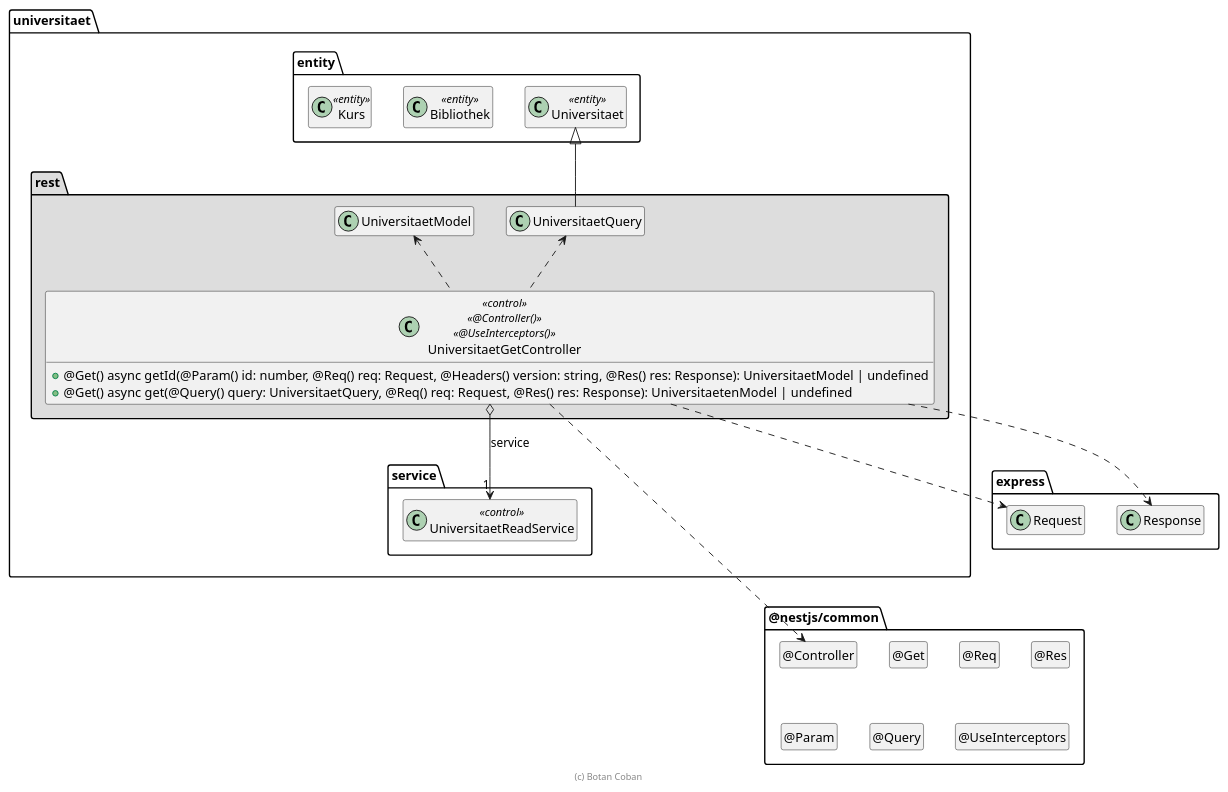
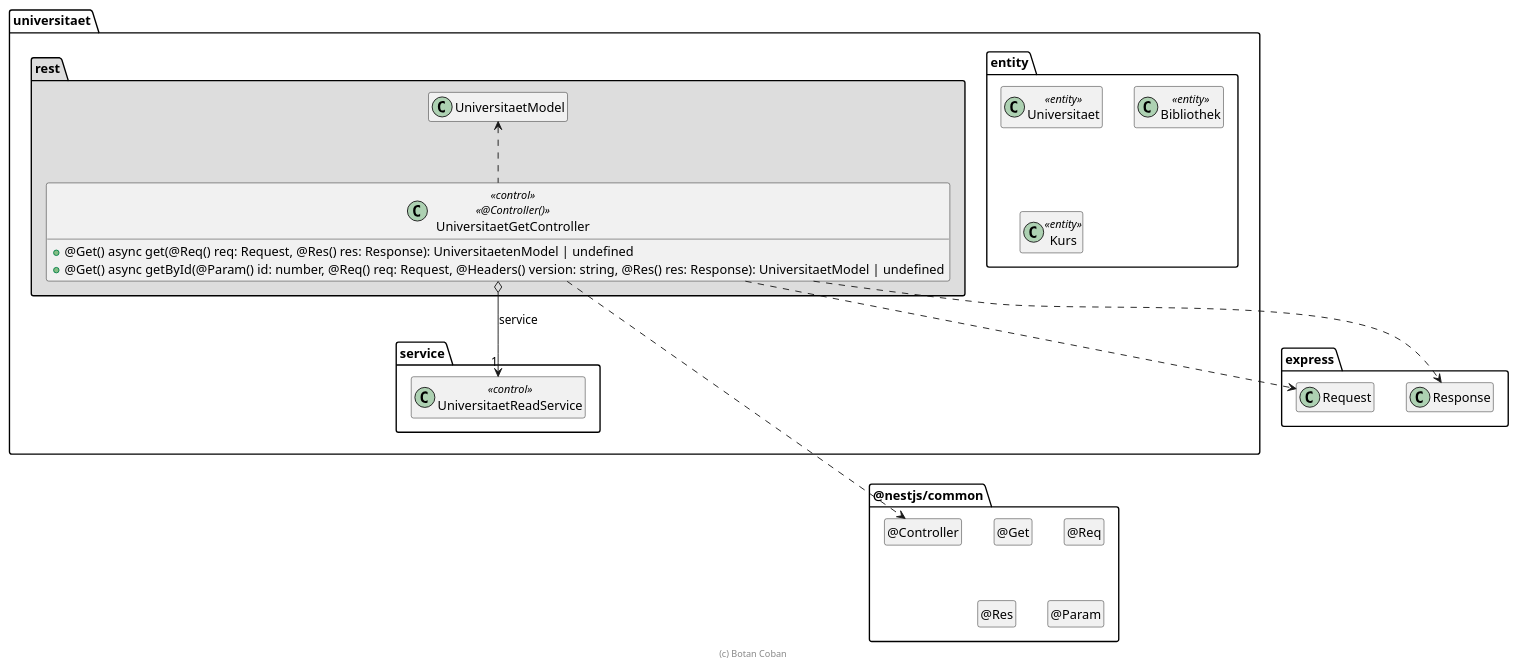
The diagram in .extras/doc/projekthandbuch/UniversitaetGetController.plantuml (rirag12345/SWE-Abgabe1-Gruppe1), drawn with PlantUML before and after one commit. The commit also changed other lines of this file, not shown here.

Commit message:
Korrektur (v-0)

```diff
--- a/.extras/doc/projekthandbuch/UniversitaetGetController.plantuml
+++ b/.extras/doc/projekthandbuch/UniversitaetGetController.plantuml
@@ -19,66 +19,57 @@
 @startuml Controller-Klasse
 
 package @nestjs/common {
   class "@Controller" as Controller
   hide Controller circle
 
   class "@Get" as Get
   hide Get circle
 
   class "@Req" as Req
   hide Req circle
 
   class "@Res" as Res
   hide Res circle
 
   class "@Param" as Param
   hide Param circle
-
-  class "@Query" as Query
-  hide Query circle
-
-  class "@UseInterceptors" as UseInterceptors
-  hide UseInterceptors circle
 }
 
 package express {
   class Request
   class Response
 
   Response .[hidden].> Controller
 }
 
 package universitaet {
   package entity #FFFFFF {
     class Universitaet <<entity>>
     class Bibliothek <<entity>>
     class Kurs <<entity>>
   }
 
   package service {
     class UniversitaetReadService << control >>
   }
 
   package rest #DDDDDD {
-    UniversitaetQuery -up-|> Universitaet
-
-    class UniversitaetGetController << control >> << @Controller() >> << @UseInterceptors() >> {
-      + @Get() async getId(@Param() id: number, @Req() req: Request, @Headers() version: string, @Res() res: Response): UniversitaetModel | undefined
-      + @Get() async get(@Query() query: UniversitaetQuery, @Req() req: Request,  @Res() res: Response): UniversitaetenModel | undefined
+    class UniversitaetGetController << control >> << @Controller() >> {
+      + @Get() async get(@Req() req: Request, @Res() res: Response): UniversitaetenModel | undefined
+      + @Get() async getById(@Param() id: number, @Req() req: Request, @Headers() version: string, @Res() res: Response): UniversitaetModel | undefined
     }
 
     UniversitaetGetController o--> "1" UniversitaetReadService : service
 
     UniversitaetGetController ..> Controller
     UniversitaetGetController ..> Request
     UniversitaetGetController ..> Response
     UniversitaetGetController .up.> UniversitaetModel
-    UniversitaetGetController .up.> UniversitaetQuery
   }
 }
 
 hide empty members
 
 footer (c) Botan Coban
 
 @enduml
```
